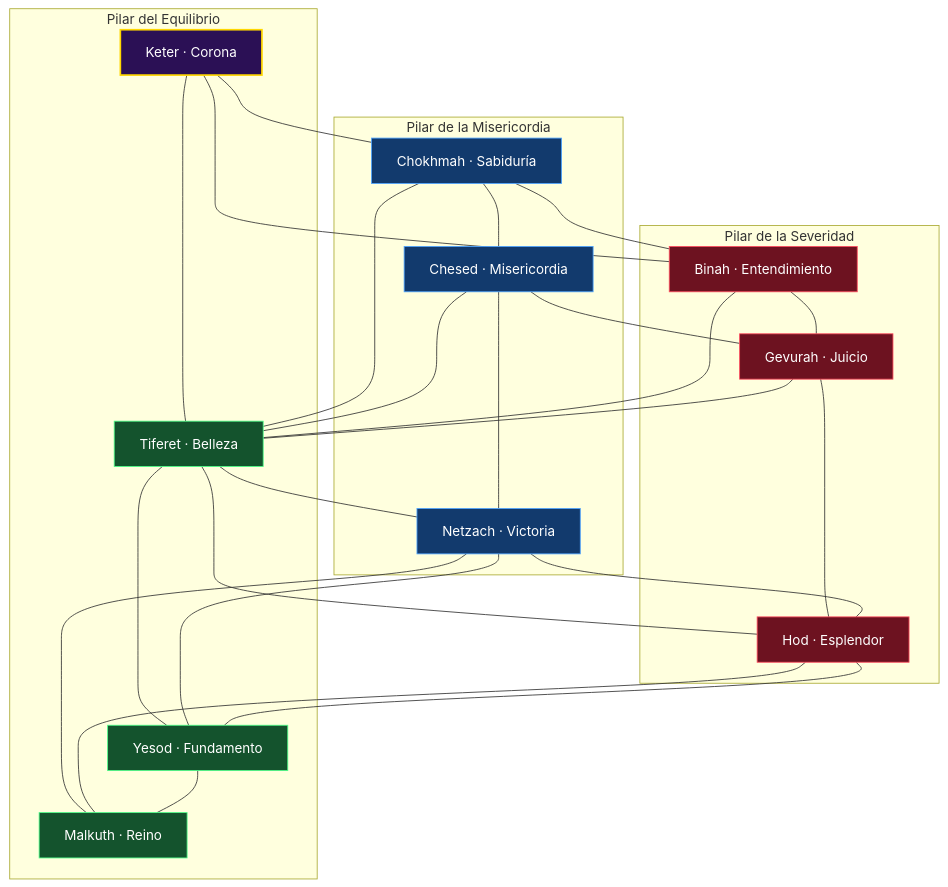
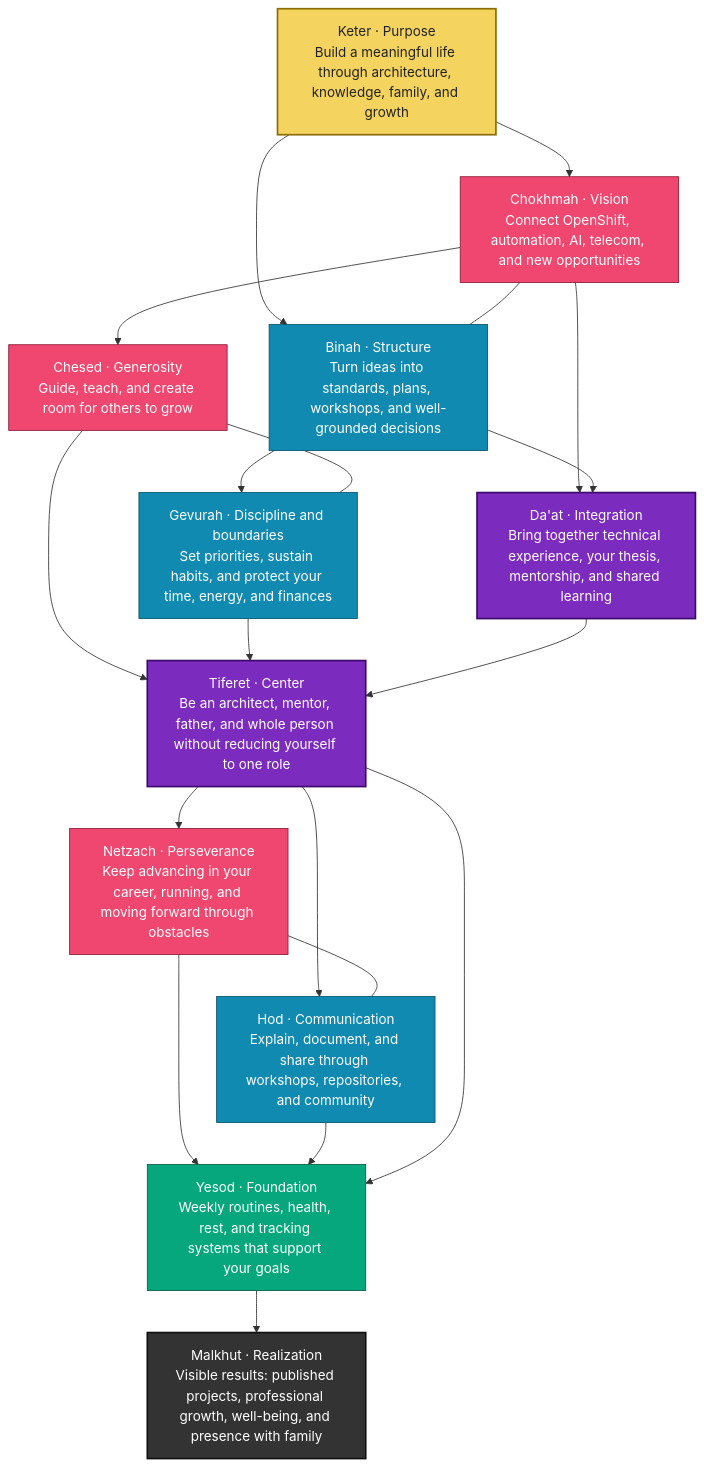
One commit to psehgaft/psehgaft changed the diagram in README.md. Above: the diagram before and after it, drawn with Mermaid. The commit also changed other lines of this file, not shown here.

Commit message:
fix: Árbol de la Vida en inglés con el diagrama original de Heber (con Da'at)

````diff
--- a/README.md
+++ b/README.md
@@ -120,49 +120,52 @@
 ```mermaid
 graph TD
-    subgraph Right["Pilar de la Misericordia"]
-        CH["Chokhmah · Sabiduría"]
-        CE["Chesed · Misericordia"]
-        NE["Netzach · Victoria"]
-    end
-    subgraph Middle["Pilar del Equilibrio"]
-        KE["Keter · Corona"]
-        TI["Tiferet · Belleza"]
-        YE["Yesod · Fundamento"]
-        MA["Malkuth · Reino"]
-    end
-    subgraph Left["Pilar de la Severidad"]
-        BI["Binah · Entendimiento"]
-        GE["Gevurah · Juicio"]
-        HO["Hod · Esplendor"]
-    end
-    KE --- CH
-    KE --- BI
-    KE --- TI
-    CH --- BI
-    CH --- CE
-    CH --- TI
-    BI --- GE
-    BI --- TI
-    CE --- GE
-    CE --- TI
-    CE --- NE
-    GE --- TI
-    GE --- HO
-    TI --- NE
-    TI --- HO
-    TI --- YE
-    NE --- HO
-    NE --- YE
-    NE --- MA
-    HO --- YE
-    HO --- MA
-    YE --- MA
-    classDef crown fill:#2b1055,stroke:#ffd700,stroke-width:2px,color:#ffffff
-    classDef right fill:#123a6d,stroke:#4da3ff,color:#ffffff
-    classDef left fill:#6d1220,stroke:#ff4d5e,color:#ffffff
-    classDef middle fill:#14532d,stroke:#4dff88,color:#ffffff
-    class KE crown
-    class CH,CE,NE right
-    class BI,GE,HO left
-    class TI,YE,MA middle
+    K["Keter · Purpose<br/>Build a meaningful life through architecture, knowledge, family, and growth"]
+    C["Chokhmah · Vision<br/>Connect OpenShift, automation, AI, telecom, and new opportunities"]
+    B["Binah · Structure<br/>Turn ideas into standards, plans, workshops, and well-grounded decisions"]
+    D["Da'at · Integration<br/>Bring together technical experience, your thesis, mentorship, and shared learning"]
+    H["Chesed · Generosity<br/>Guide, teach, and create room for others to grow"]
+    G["Gevurah · Discipline and boundaries<br/>Set priorities, sustain habits, and protect your time, energy, and finances"]
+    T["Tiferet · Center<br/>Be an architect, mentor, father, and whole person without reducing yourself to one role"]
+    N["Netzach · Perseverance<br/>Keep advancing in your career, running, and moving forward through obstacles"]
+    O["Hod · Communication<br/>Explain, document, and share through workshops, repositories, and community"]
+    Y["Yesod · Foundation<br/>Weekly routines, health, rest, and tracking systems that support your goals"]
+    M["Malkhut · Realization<br/>Visible results: published projects, professional growth, well-being, and presence with family"]
+
+    K --> C
+    K --> B
+    C --- B
+
+    C --> H
+    B --> G
+    H --- G
+
+    H --> T
+    G --> T
+    C --> D
+    B --> D
+    D --> T
+
+    T --> N
+    T --> O
+    N --- O
+
+    N --> Y
+    O --> Y
+    T --> Y
+
+    Y --> M
+
+    classDef crown fill:#f4d35e,color:#222,stroke:#8a6d00,stroke-width:2px;
+    classDef right fill:#ef476f,color:#fff,stroke:#8d1b35;
+    classDef left fill:#118ab2,color:#fff,stroke:#07536b;
+    classDef center fill:#7b2cbf,color:#fff,stroke:#3c096c,stroke-width:2px;
+    classDef foundation fill:#06a77d,color:#fff,stroke:#045c46;
+    classDef grounded fill:#333,color:#fff,stroke:#111,stroke-width:2px;
+
+    class K crown;
+    class C,H,N right;
+    class B,G,O left;
+    class D,T center;
+    class Y foundation;
+    class M grounded;
 ```
````
